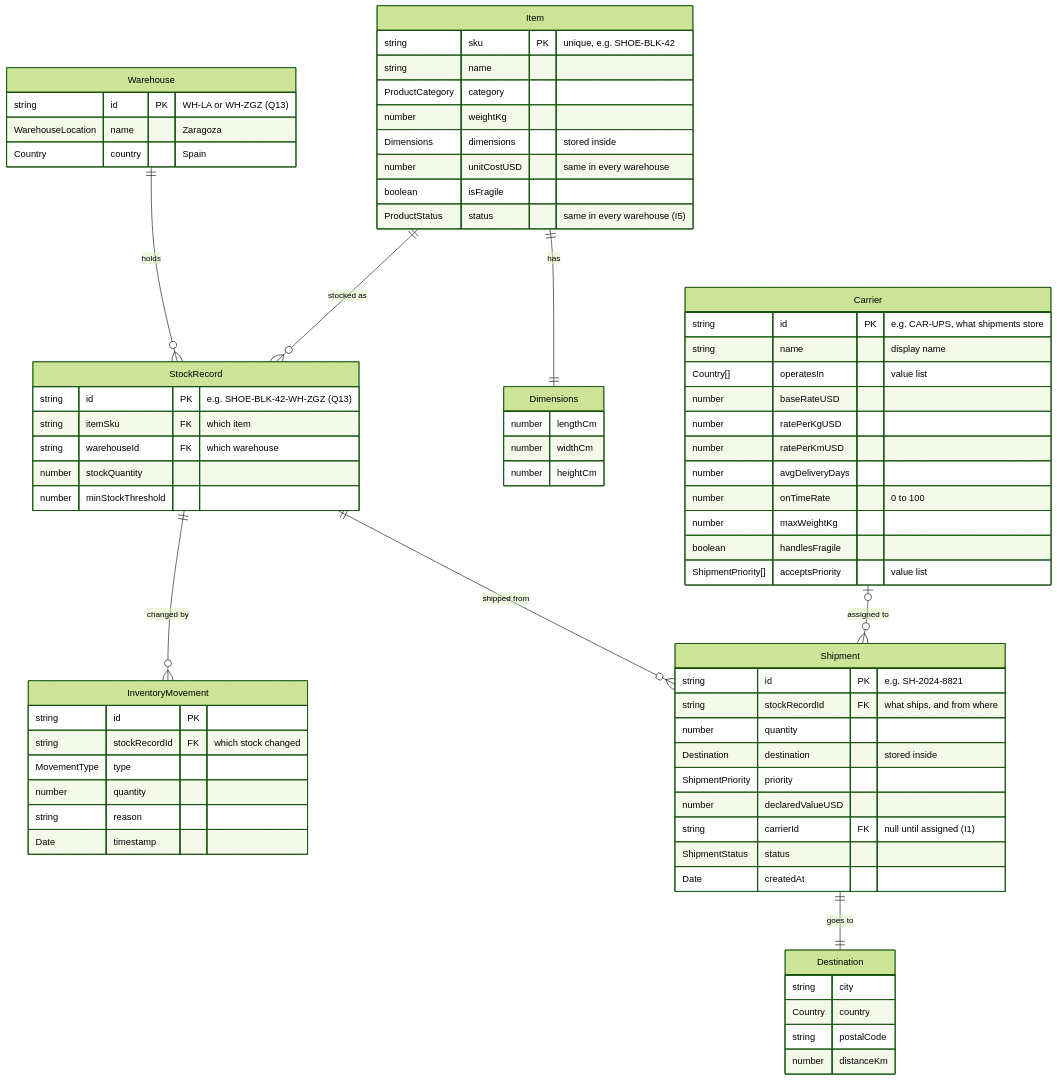
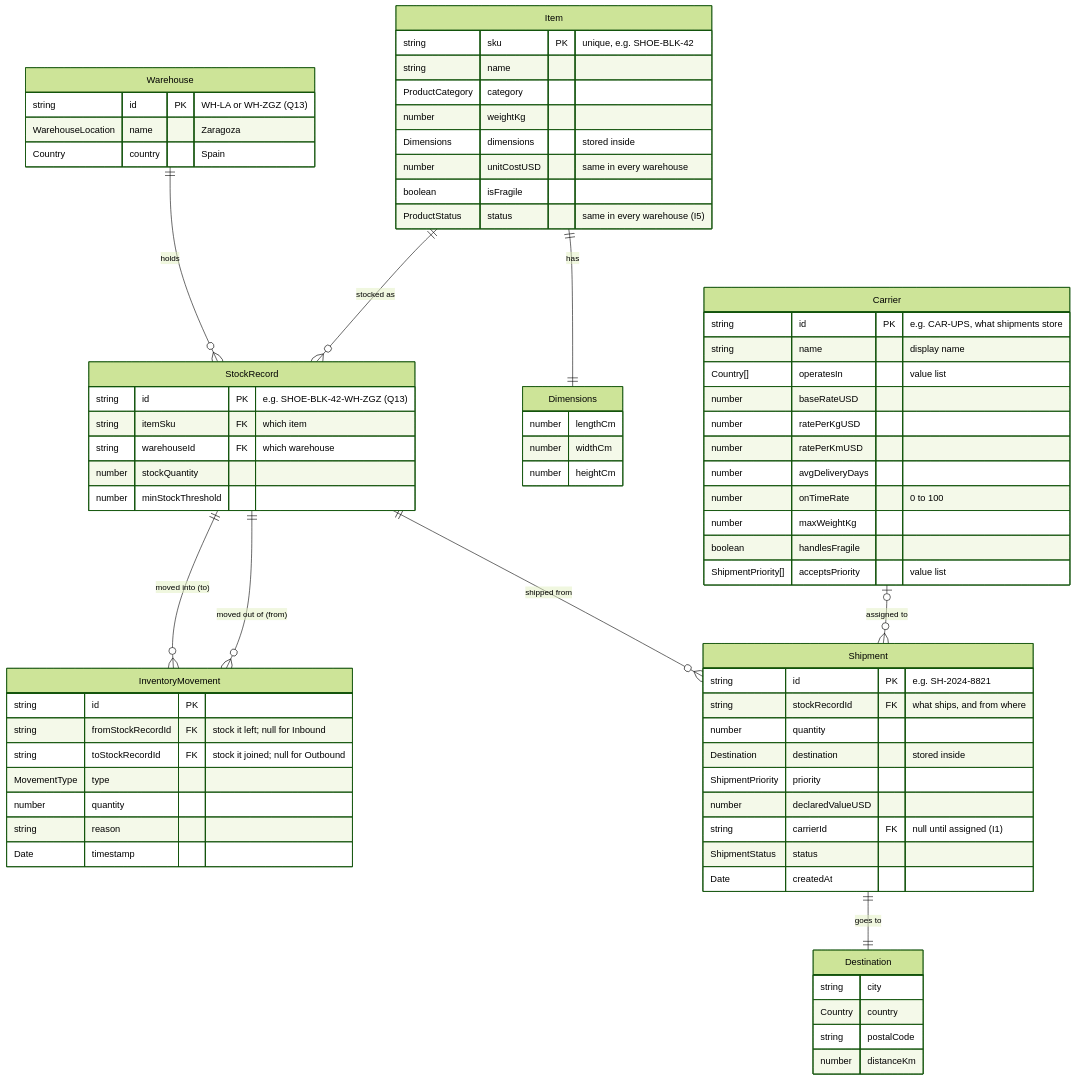
One commit to Sun-flow/TrackFlow-Company-Overhaul changed the second of 2 diagrams in packages/warehouse-logic/docs/erd.md. Above: the diagram before and after it, drawn with Mermaid (forest theme). The commit also changed other lines of this file and 2 other files, not shown here.

First line of the commit message:
Give inventory movements a from and a to in the improved ERD, so a transfer names both warehouses

````diff
--- a/packages/warehouse-logic/docs/erd.md
+++ b/packages/warehouse-logic/docs/erd.md
@@ -95,76 +95,78 @@
 ```mermaid
 erDiagram
     Item {
         string sku PK "unique, e.g. SHOE-BLK-42"
         string name
         ProductCategory category
         number weightKg
         Dimensions dimensions "stored inside"
         number unitCostUSD "same in every warehouse"
         boolean isFragile
         ProductStatus status "same in every warehouse (I5)"
     }
     Dimensions {
         number lengthCm
         number widthCm
         number heightCm
     }
     Warehouse {
         string id PK "WH-LA or WH-ZGZ (Q13)"
         WarehouseLocation name "Zaragoza"
         Country country "Spain"
     }
     StockRecord {
         string id PK "e.g. SHOE-BLK-42-WH-ZGZ (Q13)"
         string itemSku FK "which item"
         string warehouseId FK "which warehouse"
         number stockQuantity
         number minStockThreshold
     }
     Shipment {
         string id PK "e.g. SH-2024-8821"
         string stockRecordId FK "what ships, and from where"
         number quantity
         Destination destination "stored inside"
         ShipmentPriority priority
         number declaredValueUSD
         string carrierId FK "null until assigned (I1)"
         ShipmentStatus status
         Date createdAt
     }
     Destination {
         string city
         Country country
         string postalCode
         number distanceKm
     }
     InventoryMovement {
         string id PK
-        string stockRecordId FK "which stock changed"
+        string fromStockRecordId FK "stock it left; null for Inbound"
+        string toStockRecordId FK "stock it joined; null for Outbound"
         MovementType type
         number quantity
         string reason
         Date timestamp
     }
     Carrier {
         string id PK "e.g. CAR-UPS, what shipments store"
         string name "display name"
         Country[] operatesIn "value list"
         number baseRateUSD
         number ratePerKgUSD
         number ratePerKmUSD
         number avgDeliveryDays
         number onTimeRate "0 to 100"
         number maxWeightKg
         boolean handlesFragile
         ShipmentPriority[] acceptsPriority "value list"
     }
 
     Item ||--|| Dimensions : "has"
     Item ||--o{ StockRecord : "stocked as"
     Warehouse ||--o{ StockRecord : "holds"
     StockRecord ||--o{ Shipment : "shipped from"
-    StockRecord ||--o{ InventoryMovement : "changed by"
+    StockRecord ||--o{ InventoryMovement : "moved out of (from)"
+    StockRecord ||--o{ InventoryMovement : "moved into (to)"
     Carrier |o--o{ Shipment : "assigned to"
     Shipment ||--|| Destination : "goes to"
 ```
````
